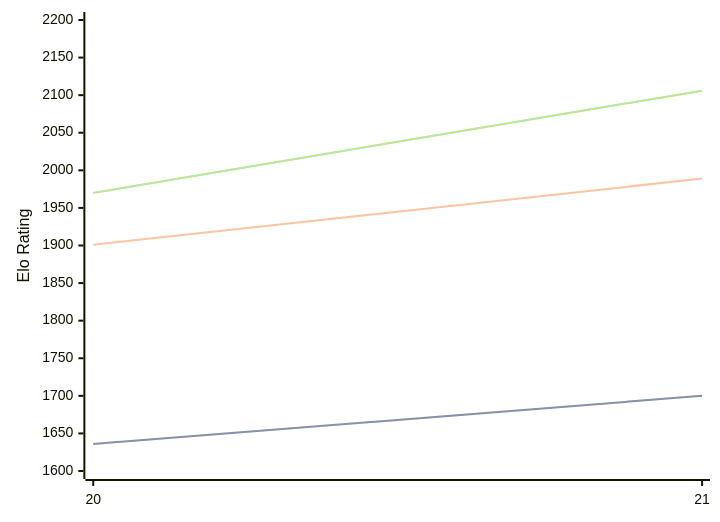
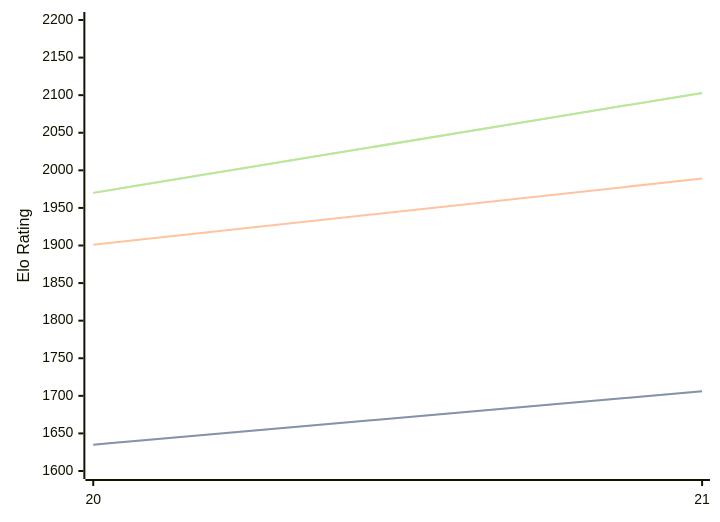
One commit to computer-chess-index/cci changed the diagram in engines/PurplePanda.md. Above: the diagram before and after it, drawn with Mermaid. The commit also changed other lines of this file, not shown here.

Commit message:
Update CCI Ratings (ELO VLTC) - 2026-07-21

````diff
--- a/engines/PurplePanda.md
+++ b/engines/PurplePanda.md
@@ -40,11 +40,11 @@
 ```mermaid
 %%{init: {"theme":"base","themeVariables":{"seriesColors:['#a3a3a3','#222221','#faa371']}}}%%
 xychart-beta
   x-axis ["20", "21"]
   y-axis "Elo Rating" 1600 --> 2200
-  line "STC (8.0+0.08s)" [1636, 1700]
-  line "STC (8.0+0.08s)" [1636, 1700]
+  line "STC (8.0+0.08s)" [1635, 1706]
+  line "STC (8.0+0.08s)" [1635, 1706]
   line "LTC (60.0+0.60s)" [1901, 1989]
-  line "VLTC (2m24s+1.12s)" [1970, 2106]
-  line "VLTC (2m24s+1.12s)" [1970, 2106]
+  line "VLTC (2m24s+1.12s)" [1970, 2103]
+  line "VLTC (2m24s+1.12s)" [1970, 2103]
 ```
````
